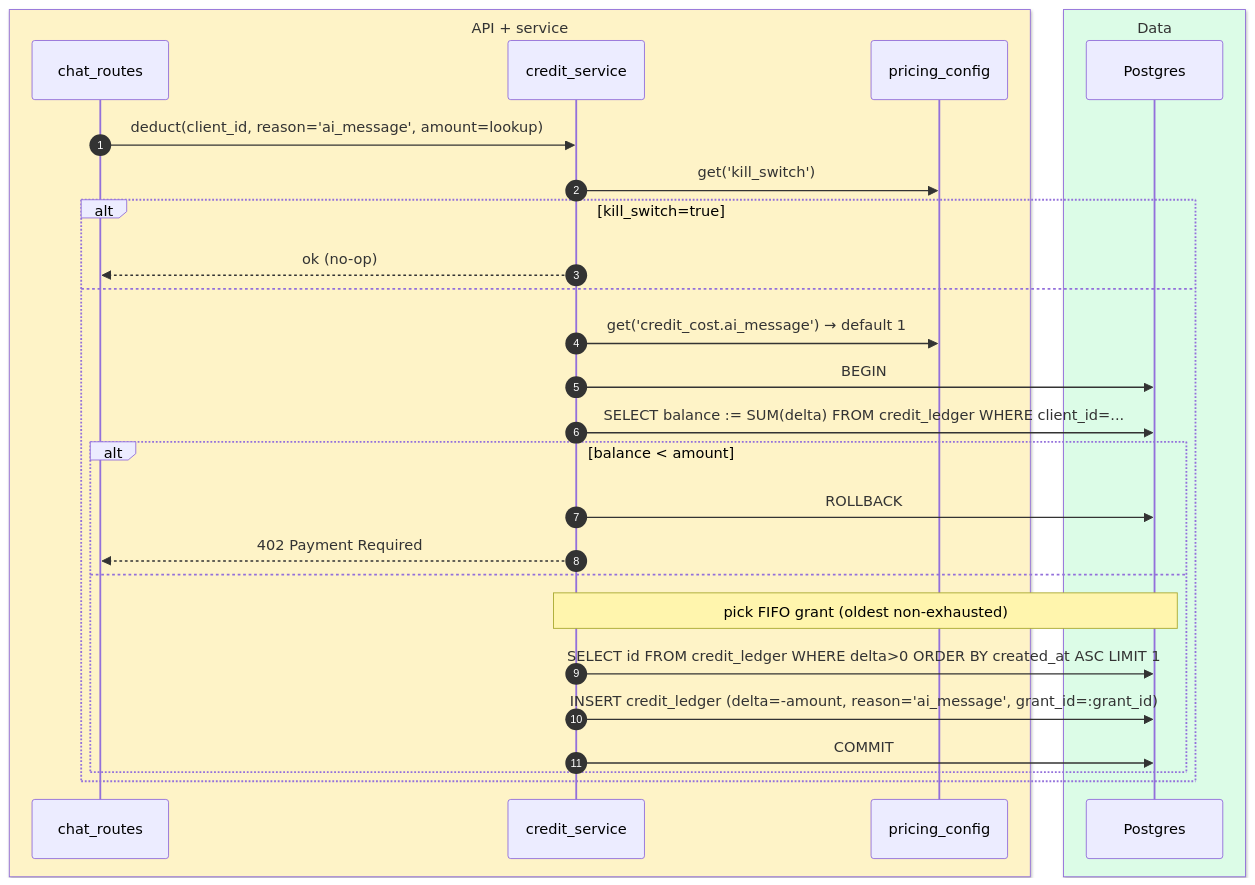
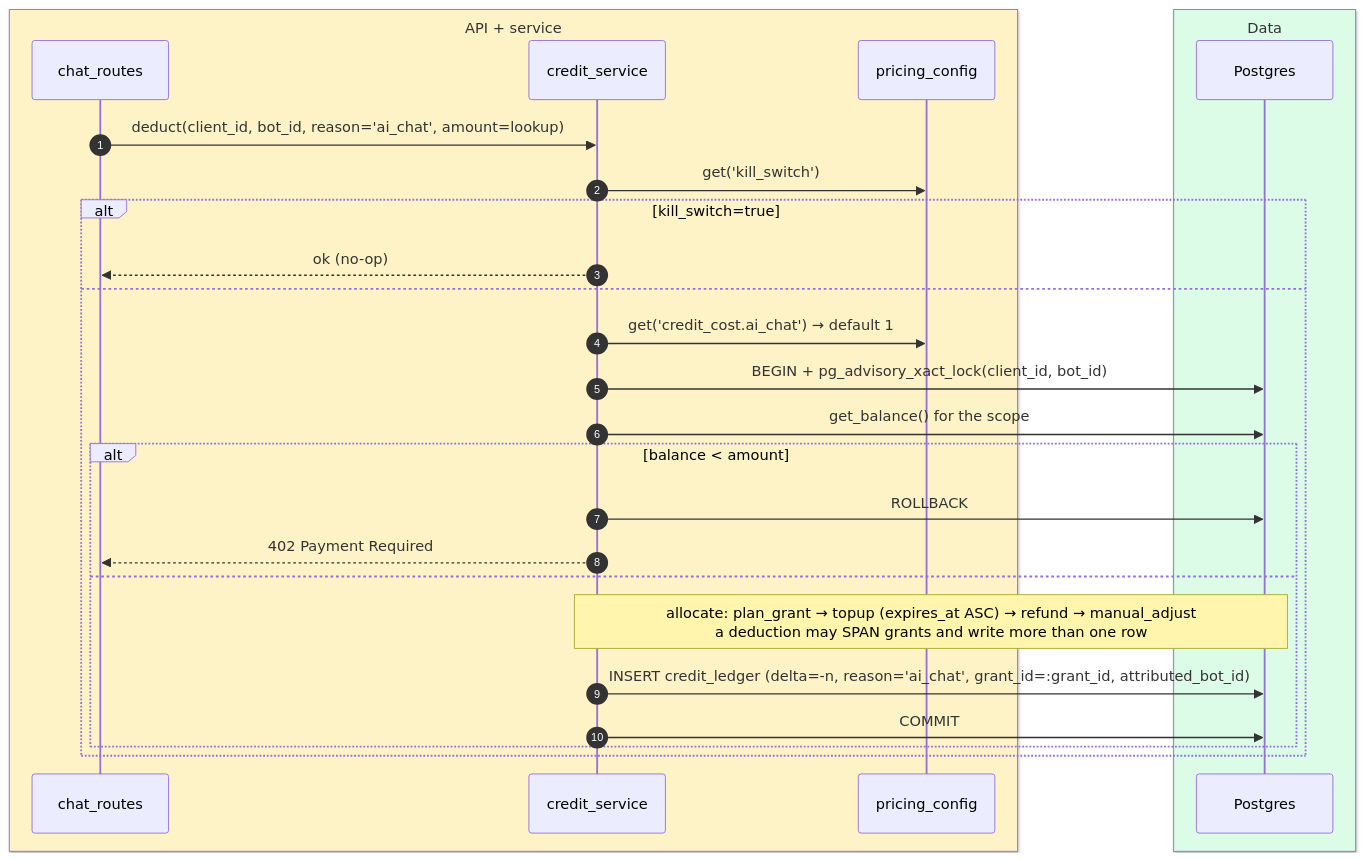
One commit to digibranders/oye-chats-platform changed the second of 3 diagrams in docs/system-design/docs/04-flows/credit-ledger.md. Above: the diagram before and after it, drawn with Mermaid. The commit also changed other lines of this file and 35 other files, not shown here.

First line of the commit message:
docs(system-design): the architecture site described a system two rewrites old

````diff
--- a/docs/system-design/docs/04-flows/credit-ledger.md
+++ b/docs/system-design/docs/04-flows/credit-ledger.md
@@ -37,31 +45,30 @@
 ```mermaid
 sequenceDiagram
     autonumber
     box rgb(254,243,199) API + service
       participant API as chat_routes
       participant Credit as credit_service
       participant Cfg as pricing_config
     end
     box rgb(220,252,231) Data
       participant DB as Postgres
     end
 
-    API->>Credit: deduct(client_id, reason='ai_message', amount=lookup)
+    API->>Credit: deduct(client_id, bot_id, reason='ai_chat', amount=lookup)
     Credit->>Cfg: get('kill_switch')
     alt kill_switch=true
         Credit-->>API: ok (no-op)
     else
-        Credit->>Cfg: get('credit_cost.ai_message') → default 1
-        Credit->>DB: BEGIN
-        Credit->>DB: SELECT balance := SUM(delta) FROM credit_ledger WHERE client_id=...
+        Credit->>Cfg: get('credit_cost.ai_chat') → default 1
+        Credit->>DB: BEGIN + pg_advisory_xact_lock(client_id, bot_id)
+        Credit->>DB: get_balance() for the scope
         alt balance < amount
             Credit->>DB: ROLLBACK
             Credit-->>API: 402 Payment Required
         else
-            Note over Credit,DB: pick FIFO grant (oldest non-exhausted)
-            Credit->>DB: SELECT id FROM credit_ledger WHERE delta>0 ORDER BY created_at ASC LIMIT 1
-            Credit->>DB: INSERT credit_ledger (delta=-amount, reason='ai_message', grant_id=:grant_id)
+            Note over Credit,DB: allocate: plan_grant → topup (expires_at ASC) → refund → manual_adjust<br/>a deduction may SPAN grants and write more than one row
+            Credit->>DB: INSERT credit_ledger (delta=-n, reason='ai_chat', grant_id=:grant_id, attributed_bot_id)
             Credit->>DB: COMMIT
         end
     end
 ```
````
